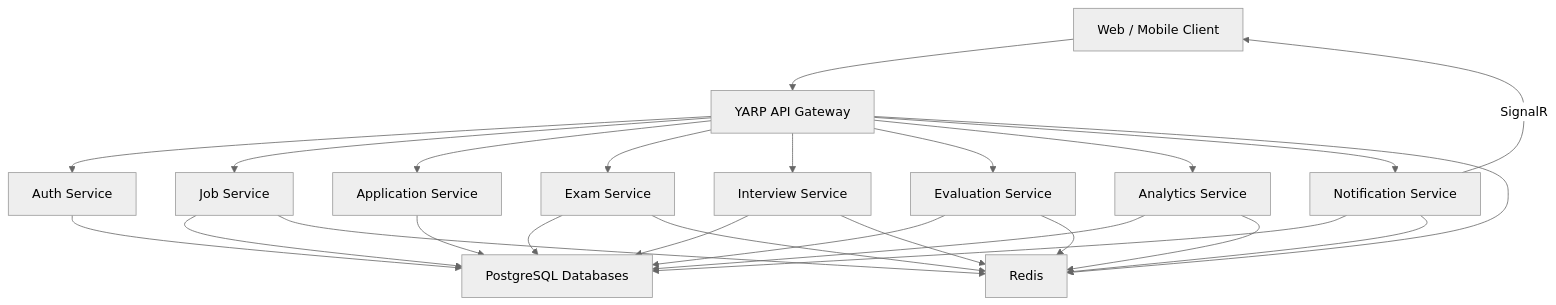
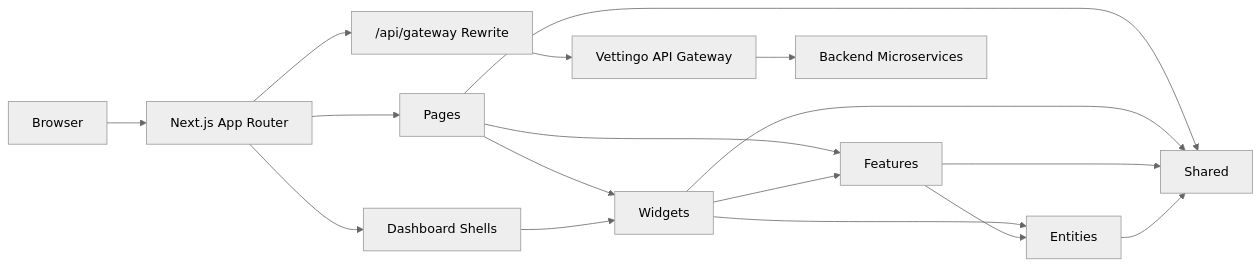
Before and after one commit to emreucbudak/Vettingo-Frontend: the first of 2 diagrams in README.md, drawn with Mermaid (neutral theme). The commit also changed other lines of this file, not shown here.

````diff
--- a/README.md
+++ b/README.md
@@ -54,32 +111,24 @@
 ```mermaid
-flowchart TB
-    Client["Web / Mobile Client"] --> Gateway["YARP API Gateway"]
+flowchart LR
+    Browser["Browser"] --> Router["Next.js App Router"]
 
-    Gateway --> Auth["Auth Service"]
-    Gateway --> Job["Job Service"]
-    Gateway --> Application["Application Service"]
-    Gateway --> Exam["Exam Service"]
-    Gateway --> Interview["Interview Service"]
-    Gateway --> Evaluation["Evaluation Service"]
-    Gateway --> Analytics["Analytics Service"]
-    Gateway --> Notification["Notification Service"]
+    Router --> Pages["Pages"]
+    Router --> Shells["Dashboard Shells"]
 
-    Auth --> PostgreSQL["PostgreSQL Databases"]
-    Job --> PostgreSQL
-    Application --> PostgreSQL
-    Exam --> PostgreSQL
-    Interview --> PostgreSQL
-    Evaluation --> PostgreSQL
-    Analytics --> PostgreSQL
-    Notification --> PostgreSQL
+    Pages --> Widgets["Widgets"]
+    Pages --> Features["Features"]
+    Shells --> Widgets
 
-    Gateway --> Redis["Redis"]
-    Job --> Redis
-    Exam --> Redis
-    Interview --> Redis
-    Evaluation --> Redis
-    Analytics --> Redis
-    Notification --> Redis
+    Widgets --> Features
+    Widgets --> Entities["Entities"]
+    Features --> Entities
 
-    Notification -- "SignalR" --> Client
+    Pages --> Shared["Shared"]
+    Widgets --> Shared
+    Features --> Shared
+    Entities --> Shared
+
+    Router --> Rewrite["/api/gateway Rewrite"]
+    Rewrite --> Gateway["Vettingo API Gateway"]
+    Gateway --> Services["Backend Microservices"]
 ```
````
